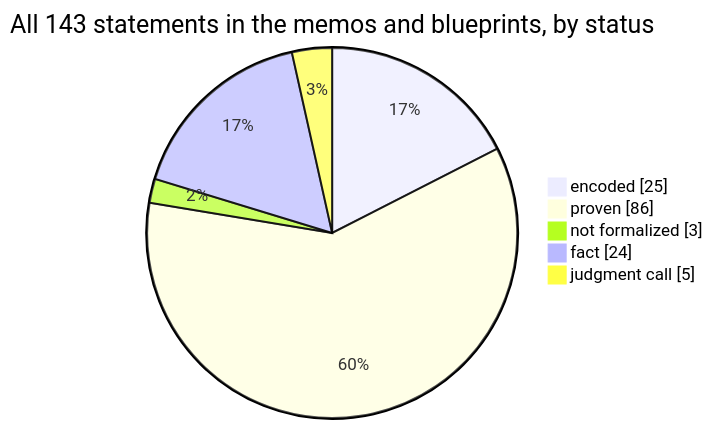
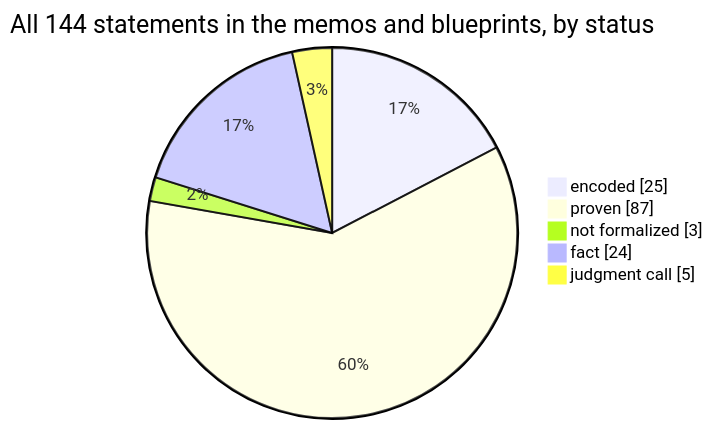
The first of 4 diagrams in docs/graphs/dashboard.md (SeanWMurray/Canteen), drawn with Mermaid before and after one commit. The commit also changed other lines of this file and 22 other files, not shown here.

````diff
--- a/docs/graphs/dashboard.md
+++ b/docs/graphs/dashboard.md
@@ -11,8 +11,8 @@
 ```mermaid
-pie showData title All 143 statements in the memos and blueprints, by status
+pie showData title All 144 statements in the memos and blueprints, by status
     "encoded" : 25
-    "proven" : 86
+    "proven" : 87
     "not formalized" : 3
     "fact" : 24
     "judgment call" : 5
 ```
````
